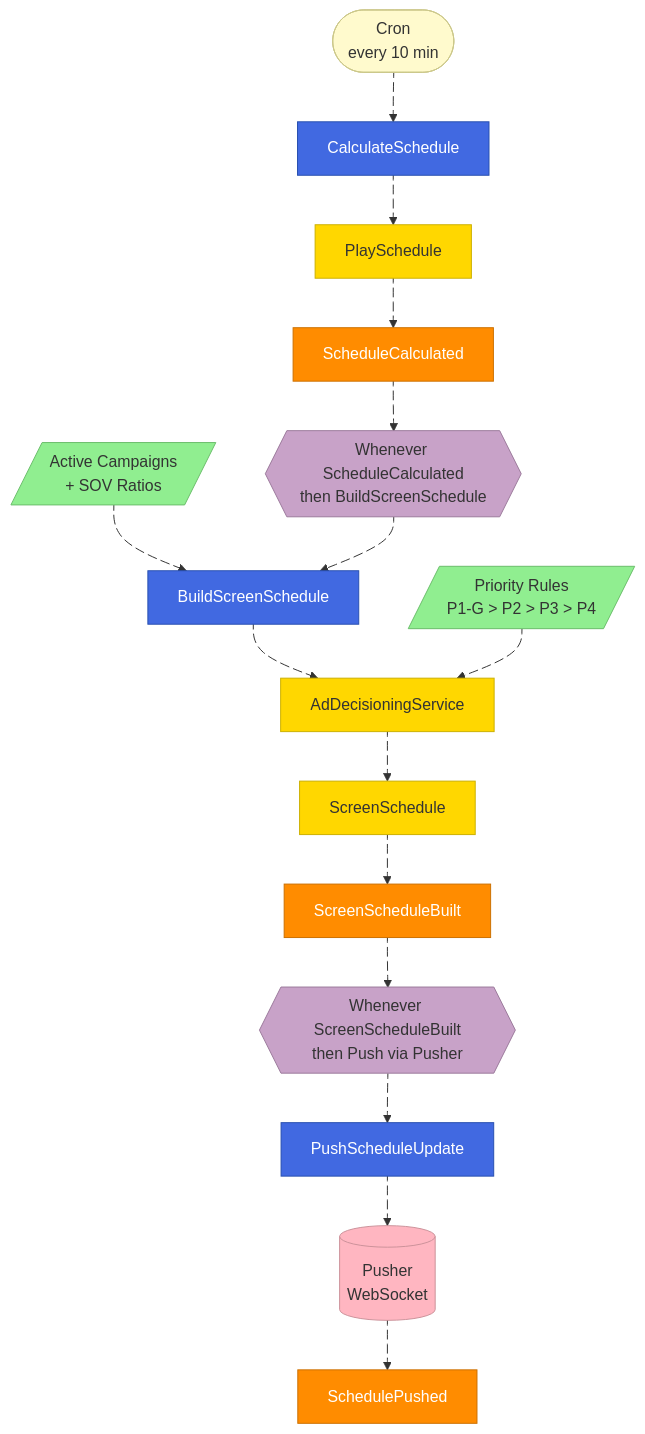
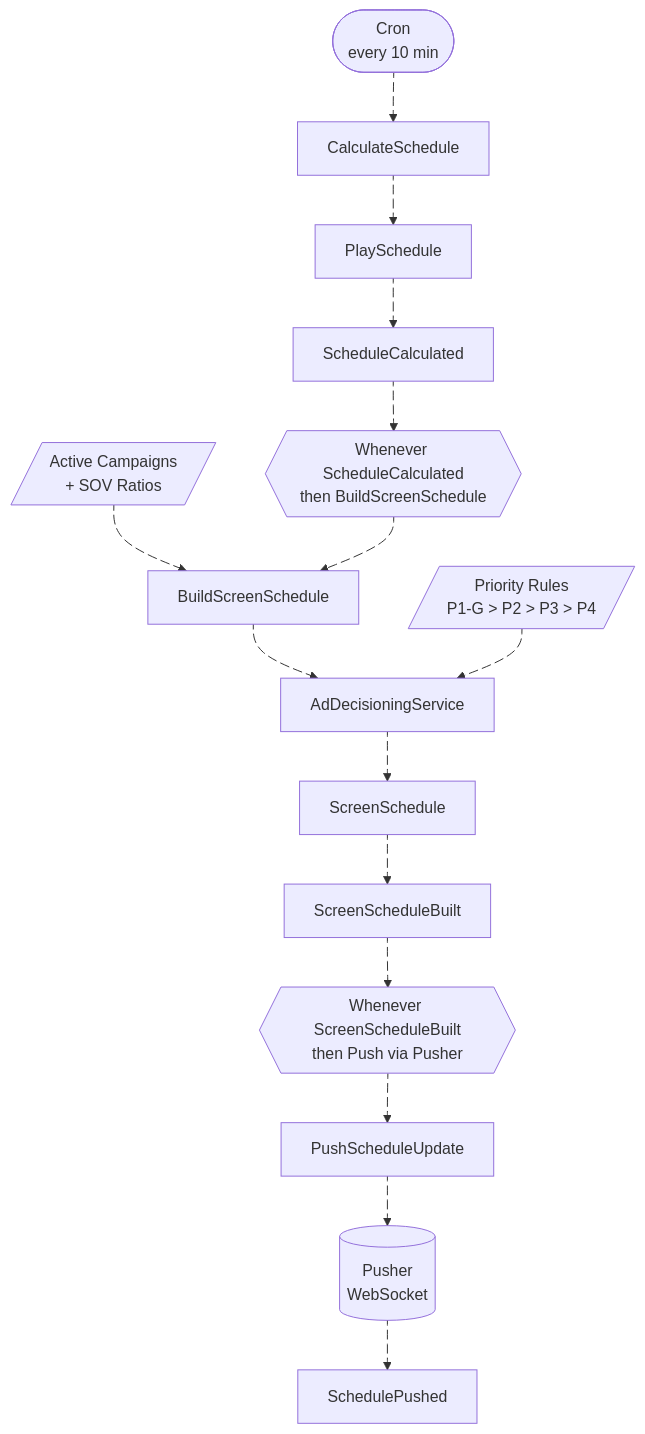
The diagram in scripts/diagrams/10-1-process-schedule-calc.mmd (wasikarn/jira-generator), drawn with Mermaid before and after one commit. The commit also changed 8 other files, not shown here.

First line of the commit message:
refactor: remove custom color styling from all Event Storming diagrams

```diff
--- a/scripts/diagrams/10-1-process-schedule-calc.mmd
+++ b/scripts/diagrams/10-1-process-schedule-calc.mmd
@@ -1,74 +1,45 @@
 flowchart TD
     A_CRON(["Cron<br/>every 10 min"])
     C_CALC["CalculateSchedule"]
     AGG_PS["PlaySchedule"]
     E_CALCULATED["ScheduleCalculated"]
     RM_CAMPAIGNS[/"Active Campaigns<br/>+ SOV Ratios"/]
     POL_BUILD{{"Whenever ScheduleCalculated<br/>then BuildScreenSchedule"}}
     C_BUILD["BuildScreenSchedule"]
     AGG_ADE["AdDecisioningService"]
     RM_PRIORITY[/"Priority Rules<br/>P1-G > P2 > P3 > P4"/]
     AGG_SS["ScreenSchedule"]
     E_BUILT["ScreenScheduleBuilt"]
     POL_PUSH{{"Whenever ScreenScheduleBuilt<br/>then Push via Pusher"}}
     C_PUSH["PushScheduleUpdate"]
     EXT_PUSHER[("Pusher<br/>WebSocket")]
     E_PUSHED["SchedulePushed"]
 
     A_CRON e2@--> C_CALC
     C_CALC e3@--> AGG_PS
     AGG_PS e4@--> E_CALCULATED
     RM_CAMPAIGNS e5@-.-> C_BUILD
     E_CALCULATED e6@--> POL_BUILD
     POL_BUILD e7@--> C_BUILD
     C_BUILD e8@--> AGG_ADE
     RM_PRIORITY e9@-.-> AGG_ADE
     AGG_ADE e10@--> AGG_SS
     AGG_SS e11@--> E_BUILT
     E_BUILT e12@--> POL_PUSH
     POL_PUSH e13@--> C_PUSH
     C_PUSH e1@--> EXT_PUSHER
     EXT_PUSHER e14@--> E_PUSHED
     e1@{ animation: slow }
     e2@{ animation: fast }
     e3@{ animation: fast }
     e4@{ animation: fast }
     e5@{ animation: fast }
     e6@{ animation: fast }
     e7@{ animation: fast }
     e8@{ animation: fast }
     e9@{ animation: fast }
     e10@{ animation: fast }
     e11@{ animation: fast }
     e12@{ animation: fast }
     e13@{ animation: fast }
     e14@{ animation: slow }
-
-    %% Events - Orange
-    style E_CALCULATED fill:#FF8C00,stroke:#CC7000,color:#fff
-    style E_BUILT fill:#FF8C00,stroke:#CC7000,color:#fff
-    style E_PUSHED fill:#FF8C00,stroke:#CC7000,color:#fff
-
-    %% Commands - Blue
-    style C_CALC fill:#4169E1,stroke:#2850B0,color:#fff
-    style C_BUILD fill:#4169E1,stroke:#2850B0,color:#fff
-    style C_PUSH fill:#4169E1,stroke:#2850B0,color:#fff
-
-    %% Aggregates - Yellow
-    style AGG_PS fill:#FFD700,stroke:#CCB000,color:#333
-    style AGG_ADE fill:#FFD700,stroke:#CCB000,color:#333
-    style AGG_SS fill:#FFD700,stroke:#CCB000,color:#333
-
-    %% Policies - Lilac
-    style POL_BUILD fill:#C8A2C8,stroke:#9B7A9B,color:#333
-    style POL_PUSH fill:#C8A2C8,stroke:#9B7A9B,color:#333
-
-    %% Actor - Light Yellow
-    style A_CRON fill:#FFFACD,stroke:#CCC88A,color:#333
-
-    %% Read Models - Green
-    style RM_CAMPAIGNS fill:#90EE90,stroke:#6BBE6B,color:#333
-    style RM_PRIORITY fill:#90EE90,stroke:#6BBE6B,color:#333
-
-    %% External - Pink
-    style EXT_PUSHER fill:#FFB6C1,stroke:#CC929A,color:#333
```
